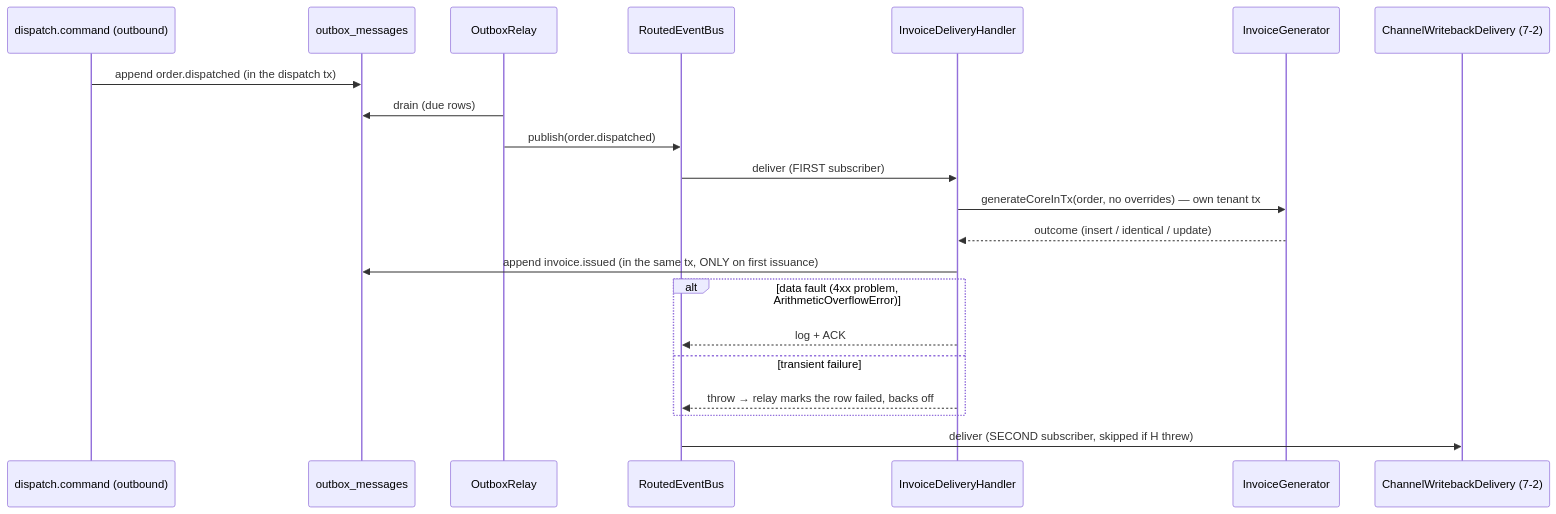
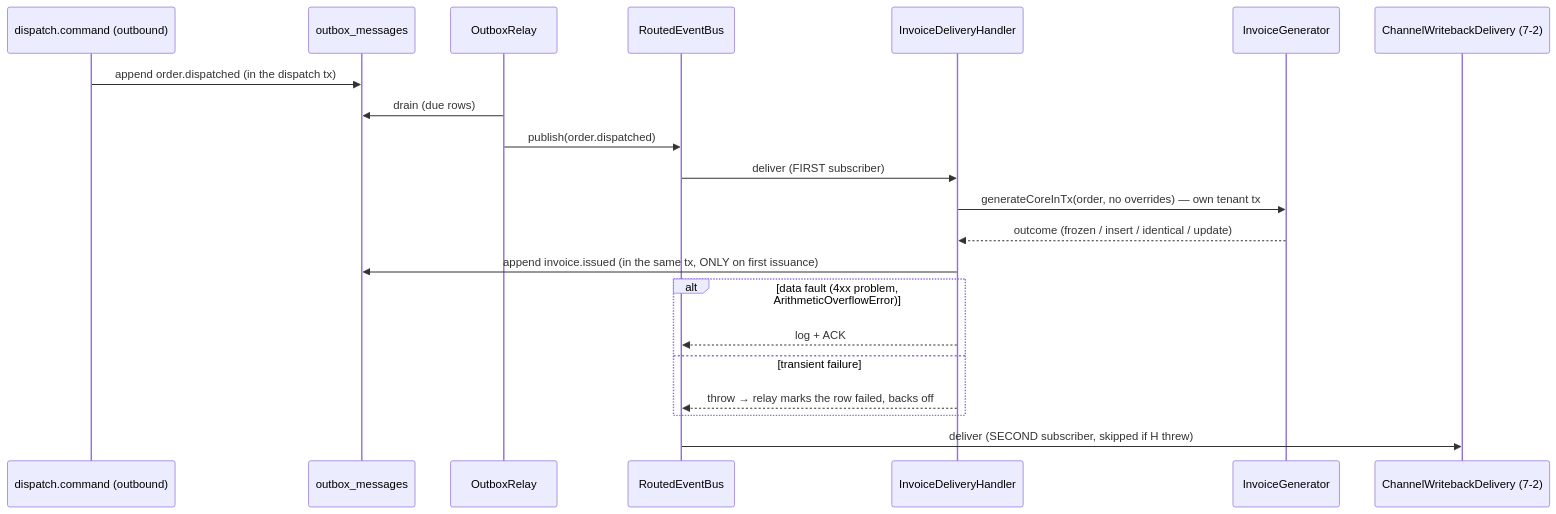
The first of 2 diagrams in docs/design/modules/invoicing.md (chinnisasi/WMS-Meta), drawn with Mermaid before and after one commit. The commit also changed other lines of this file and 6 other files, not shown here.

````diff
--- a/docs/design/modules/invoicing.md
+++ b/docs/design/modules/invoicing.md
@@ -57,23 +57,23 @@
 ```mermaid
 sequenceDiagram
     participant D as dispatch.command (outbound)
     participant O as outbox_messages
     participant R as OutboxRelay
     participant B as RoutedEventBus
     participant H as InvoiceDeliveryHandler
     participant G as InvoiceGenerator
     participant W as ChannelWritebackDelivery (7-2)
     D->>O: append order.dispatched (in the dispatch tx)
     R->>O: drain (due rows)
     R->>B: publish(order.dispatched)
     B->>H: deliver (FIRST subscriber)
     H->>G: generateCoreInTx(order, no overrides) — own tenant tx
-    G-->>H: outcome (insert / identical / update)
+    G-->>H: outcome (frozen / insert / identical / update)
     H->>O: append invoice.issued (in the same tx, ONLY on first issuance)
     alt data fault (4xx problem, ArithmeticOverflowError)
         H-->>B: log + ACK
     else transient failure
         H-->>B: throw → relay marks the row failed, backs off
     end
     B->>W: deliver (SECOND subscriber, skipped if H threw)
 ```
````
